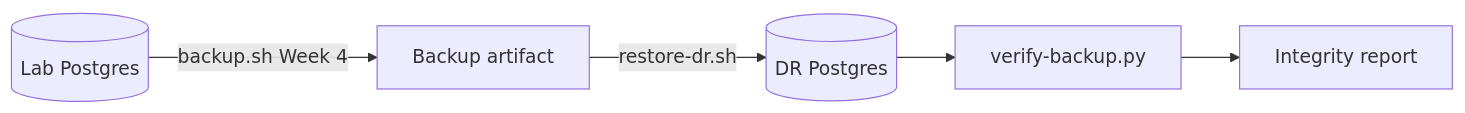
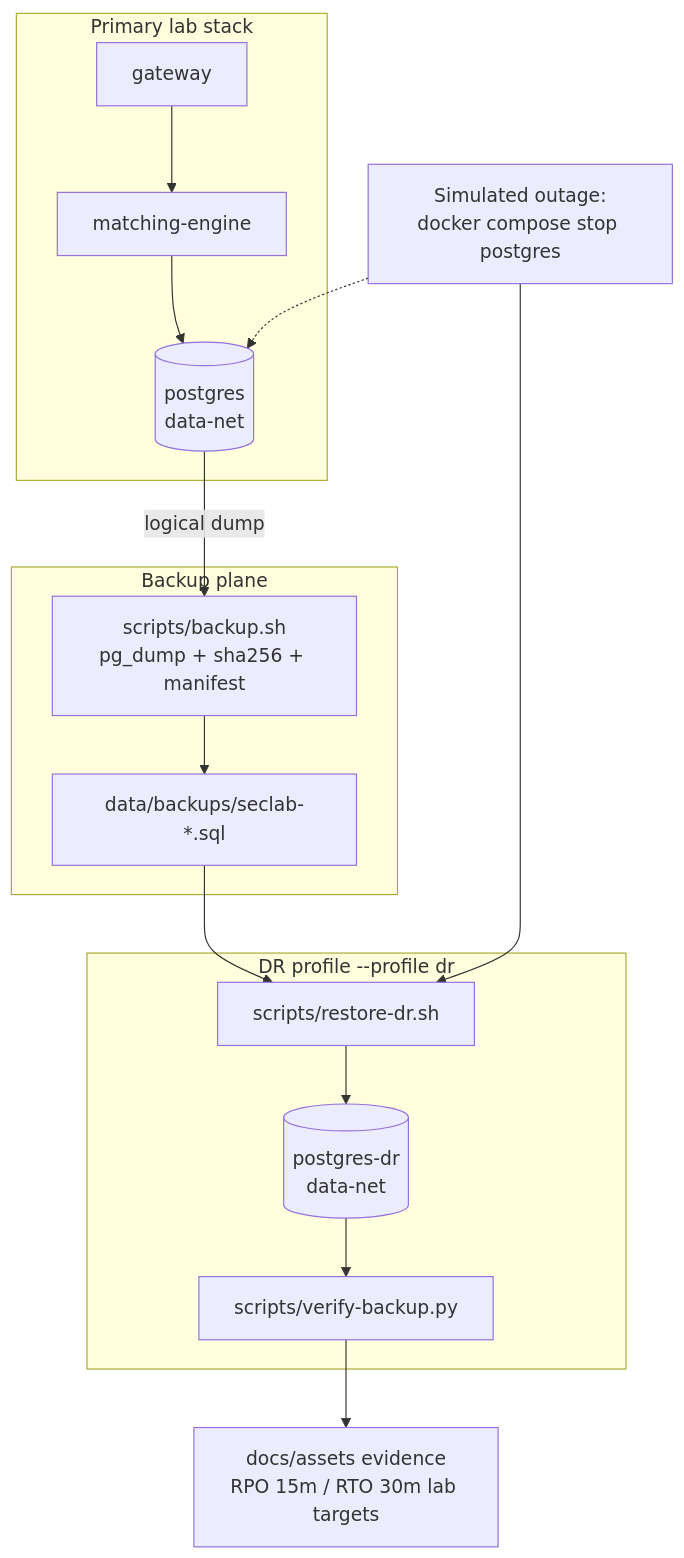
One commit to RBdishoo/SecureExchangeConnectivity-LAB changed the diagram in diagrams/recovery-flow.mmd. Above: the diagram before and after it, drawn with Mermaid. The commit also changed 17 other files, not shown here.

First line of the commit message:
Week 4: DR backup/restore, runbooks, and portfolio demo path

```diff
--- a/diagrams/recovery-flow.mmd
+++ b/diagrams/recovery-flow.mmd
@@ -1,7 +1,29 @@
-%% Disaster recovery flow — Week 1 stub (implemented in Week 4)
+%% Disaster recovery flow — Week 4
 
-flowchart LR
-  ProdDB[("Lab Postgres")] -->|backup.sh Week 4| Backup["Backup artifact"]
-  Backup -->|restore-dr.sh| DRDB[("DR Postgres")]
-  DRDB --> Verify["verify-backup.py"]
-  Verify --> Report["Integrity report"]
+flowchart TB
+  subgraph Primary["Primary lab stack"]
+    GW["gateway"]
+    ME["matching-engine"]
+    PG[("postgres<br/>data-net")]
+    GW --> ME --> PG
+  end
+
+  subgraph BackupPlane["Backup plane"]
+    Dump["scripts/backup.sh<br/>pg_dump + sha256 + manifest"]
+    Artifact["data/backups/seclab-*.sql"]
+    Dump --> Artifact
+  end
+
+  subgraph DR["DR profile --profile dr"]
+    PGdr[("postgres-dr<br/>data-net")]
+    Restore["scripts/restore-dr.sh"]
+    Verify["scripts/verify-backup.py"]
+    Restore --> PGdr --> Verify
+  end
+
+  PG -->|logical dump| Dump
+  Artifact --> Restore
+  Verify --> Evidence["docs/assets evidence<br/>RPO 15m / RTO 30m lab targets"]
+
+  Outage["Simulated outage:<br/>docker compose stop postgres"] -.-> PG
+  Outage --> Restore
```
